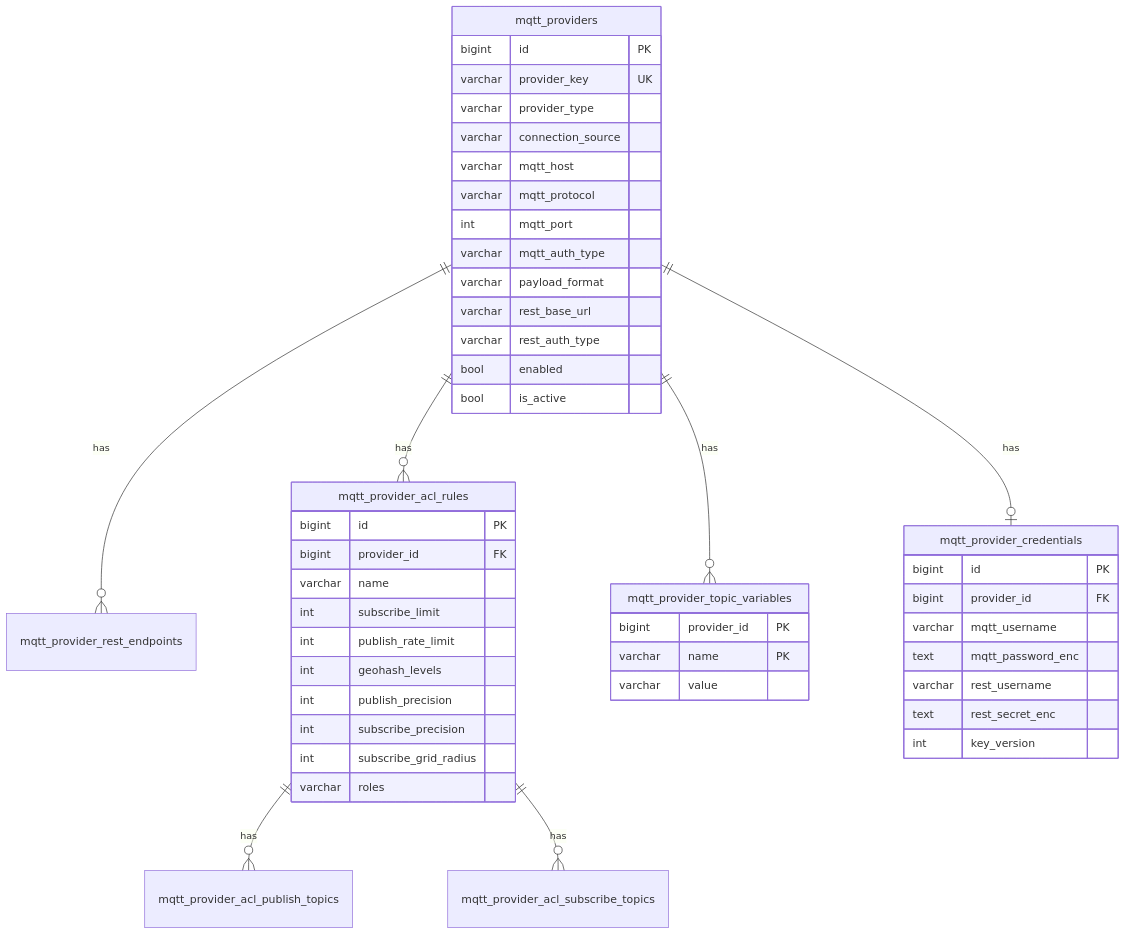
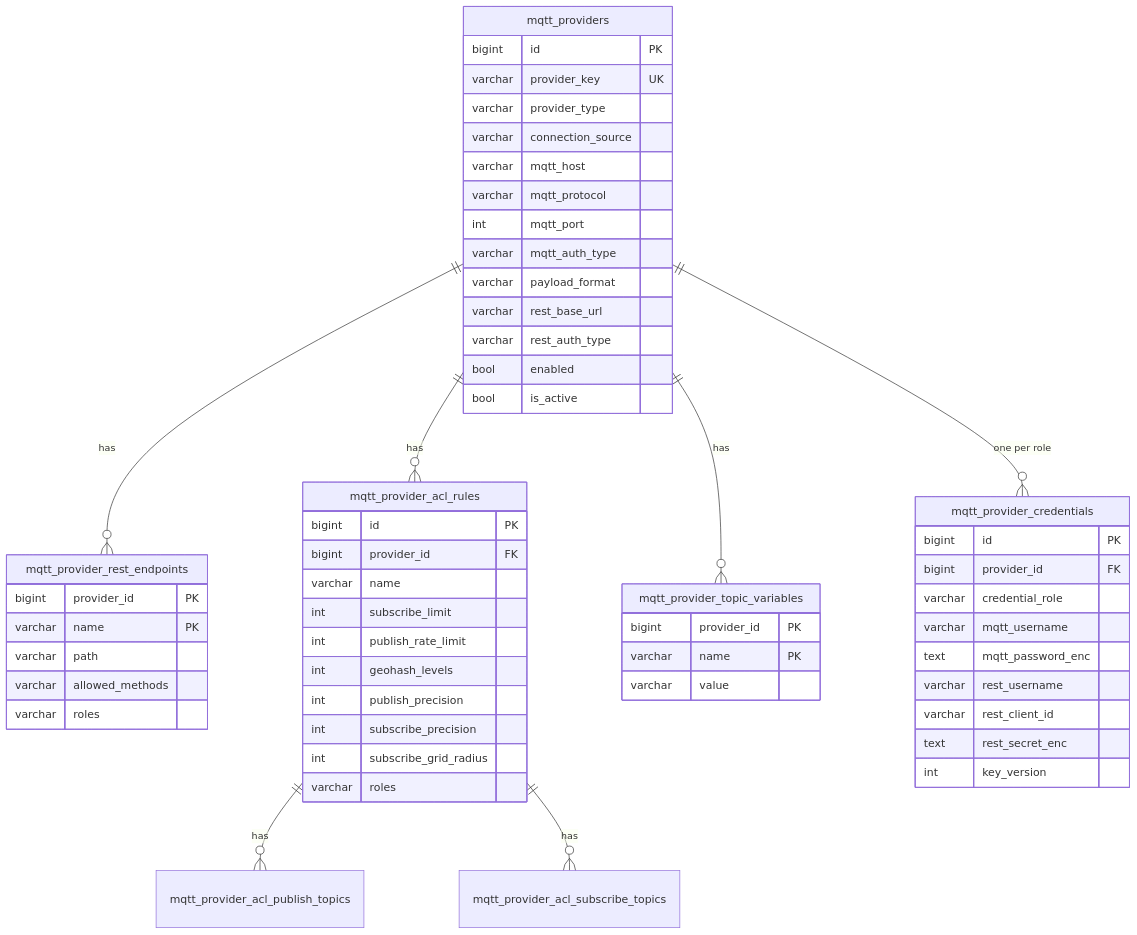
The third of 3 diagrams in docs/design/mqtt-providers.md (usdot-fhwa-stol/v2x-app-api), drawn with Mermaid before and after one commit. The commit also changed other lines of this file, not shown here.

First line of the commit message:
Update MQTT provider design with review decisions

````diff
--- a/docs/design/mqtt-providers.md
+++ b/docs/design/mqtt-providers.md
@@ -356,51 +466,60 @@
 ```mermaid
 erDiagram
     mqtt_providers ||--o{ mqtt_provider_rest_endpoints : has
     mqtt_providers ||--o{ mqtt_provider_acl_rules : has
     mqtt_provider_acl_rules ||--o{ mqtt_provider_acl_publish_topics : has
     mqtt_provider_acl_rules ||--o{ mqtt_provider_acl_subscribe_topics : has
     mqtt_providers ||--o{ mqtt_provider_topic_variables : has
-    mqtt_providers ||--o| mqtt_provider_credentials : has
+    mqtt_providers ||--o{ mqtt_provider_credentials : "one per role"
 
     mqtt_providers {
         bigint id PK
         varchar provider_key UK
         varchar provider_type
         varchar connection_source
         varchar mqtt_host
         varchar mqtt_protocol
         int mqtt_port
         varchar mqtt_auth_type
         varchar payload_format
         varchar rest_base_url
         varchar rest_auth_type
         bool enabled
         bool is_active
     }
+    mqtt_provider_rest_endpoints {
+        bigint provider_id PK
+        varchar name PK
+        varchar path
+        varchar allowed_methods
+        varchar roles
+    }
     mqtt_provider_acl_rules {
         bigint id PK
         bigint provider_id FK
         varchar name
         int subscribe_limit
         int publish_rate_limit
         int geohash_levels
         int publish_precision
         int subscribe_precision
         int subscribe_grid_radius
         varchar roles
     }
     mqtt_provider_credentials {
         bigint id PK
         bigint provider_id FK
+        varchar credential_role
         varchar mqtt_username
         text mqtt_password_enc
         varchar rest_username
+        varchar rest_client_id
         text rest_secret_enc
         int key_version
     }
     mqtt_provider_topic_variables {
         bigint provider_id PK
         varchar name PK
         varchar value
     }
 ```
````
